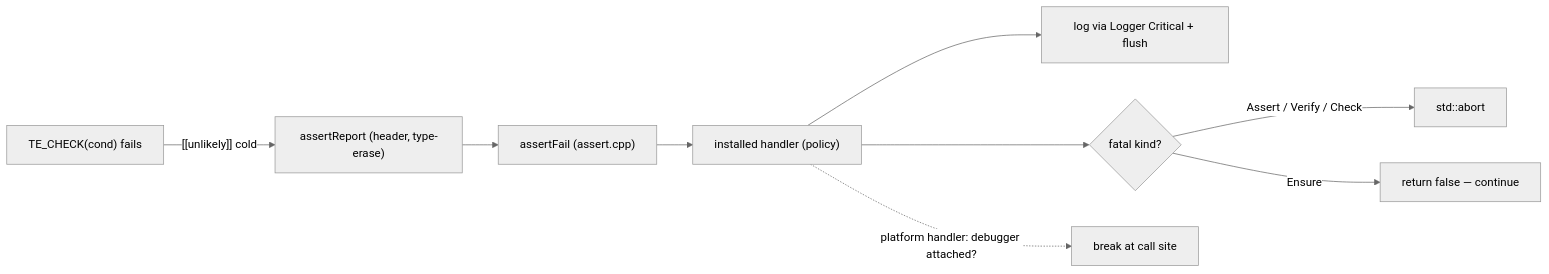
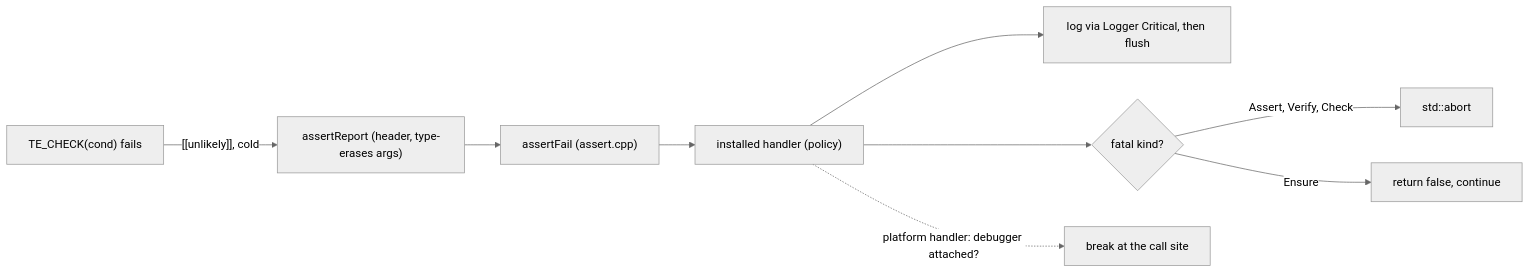
One commit to techattackteam/TechEngine-vault changed the second of 2 diagrams in 04 Design Docs/Utilities/Assert — Design.md. Above: the diagram before and after it, drawn with Mermaid (neutral theme). The commit also changed other lines of this file and 16 other files, not shown here.

````diff
--- a/04 Design Docs/Utilities/Assert — Design.md
+++ b/04 Design Docs/Utilities/Assert — Design.md
@@ -83,11 +101,11 @@
 ```mermaid
 flowchart LR
-  A["TE_CHECK(cond) fails"] -->|"[[unlikely]] cold"| B["assertReport (header, type-erase)"]
+  A["TE_CHECK(cond) fails"] -->|"[[unlikely]], cold"| B["assertReport (header, type-erases args)"]
   B --> C["assertFail (assert.cpp)"]
   C --> D["installed handler (policy)"]
-  D --> E["log via Logger Critical + flush"]
+  D --> E["log via Logger Critical, then flush"]
   D --> F{"fatal kind?"}
-  F -->|Assert / Verify / Check| G["std::abort"]
-  F -->|Ensure| H["return false — continue"]
-  D -.->|"platform handler: debugger attached?"| I["break at call site"]
+  F -->|Assert, Verify, Check| G["std::abort"]
+  F -->|Ensure| H["return false, continue"]
+  D -.->|"platform handler: debugger attached?"| I["break at the call site"]
 ```
````
